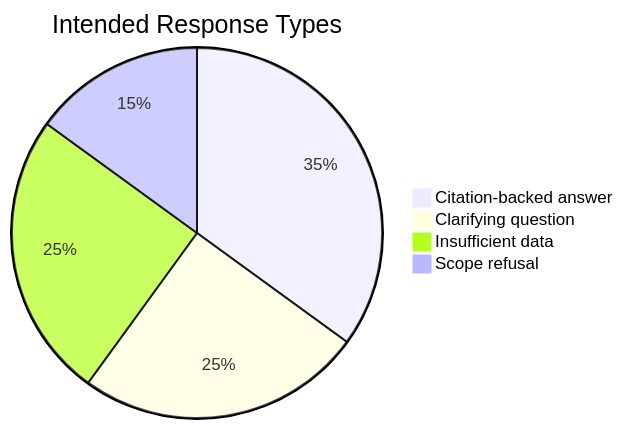
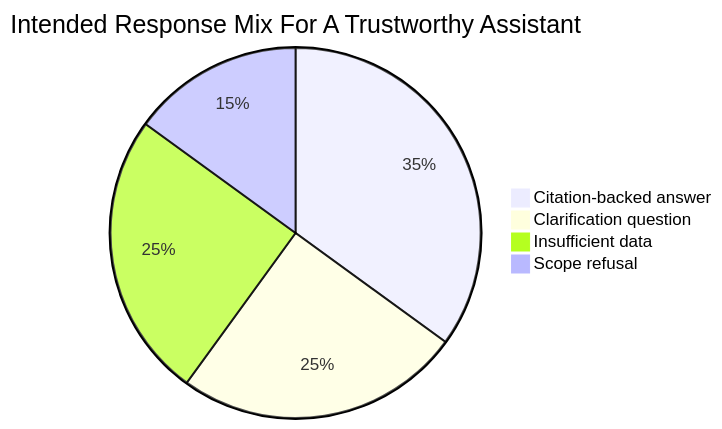
One commit to AhmedTElKodsh/Mushir-Sharia-Bot changed the fourth of 19 diagrams in docs/client-plain-language-logic.md. Above: the diagram before and after it, drawn with Mermaid. The commit also changed other lines of this file, not shown here.

````diff
--- a/docs/client-plain-language-logic.md
+++ b/docs/client-plain-language-logic.md
@@ -102,7 +160,7 @@
 ```mermaid
-pie title Intended Response Types
+pie title Intended Response Mix For A Trustworthy Assistant
     "Citation-backed answer" : 35
-    "Clarifying question" : 25
+    "Clarification question" : 25
     "Insufficient data" : 25
     "Scope refusal" : 15
 ```
````
